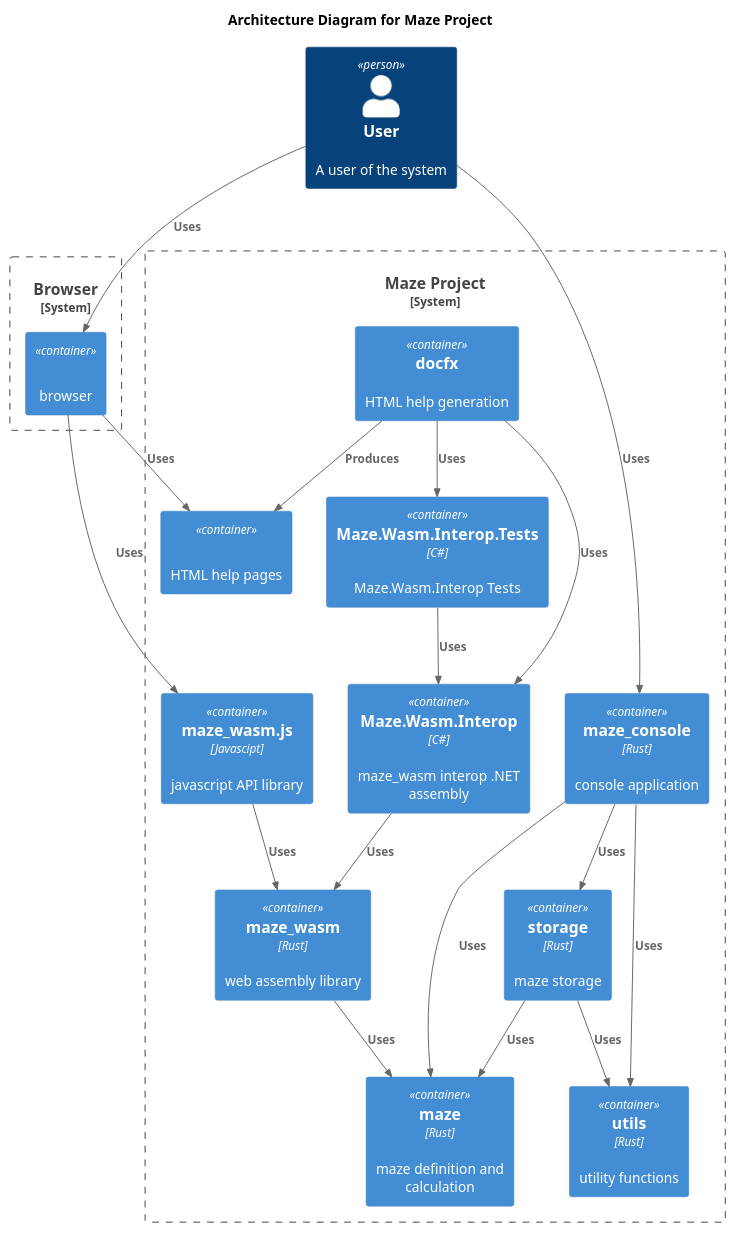
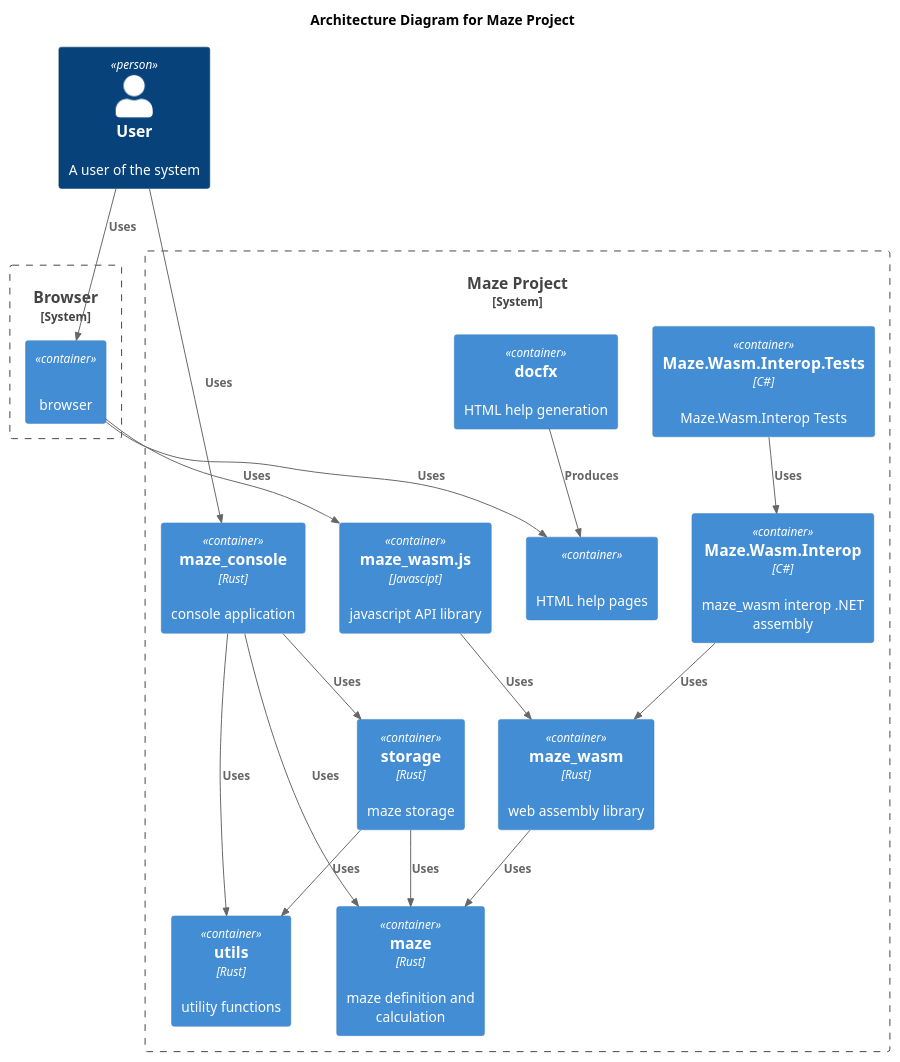
Before and after one commit to budgiedownunder/maze: the diagram in docs/diagrams/architecture.puml, drawn with PlantUML.

Commit message:
Update architecture diagram

```diff
--- a/docs/diagrams/architecture.puml
+++ b/docs/diagrams/architecture.puml
@@ -2,43 +2,41 @@
 @startuml
 
 !include https://raw.githubusercontent.com/plantuml-stdlib/C4-PlantUML/master/C4_Container.puml
 
 title Architecture Diagram for Maze Project
 
 Person(user, "User", "A user of the system")
 
 System_Boundary(c1, "Browser") {
     Container(browser, "", "", "browser")
 }
 
 System_Boundary(c2, "Maze Project") {
     Container(html_help, "", "", "HTML help pages")
     Container(docfx, "docfx", "", "HTML help generation")
     Container(maze_wasm_interop_net_tests, "Maze.Wasm.Interop.Tests", "C#", "Maze.Wasm.Interop Tests")
     Container(maze_wasm_interop_net, "Maze.Wasm.Interop", "C#", "maze_wasm interop .NET assembly")
     Container(maze_wasm_js, "maze_wasm.js", "Javascipt", "javascript API library")
     Container(maze_wasm, "maze_wasm", "Rust", "web assembly library")
     Container(maze_console, "maze_console", "Rust", "console application")
     Container(storage, "storage", "Rust", "maze storage")
     Container(maze, "maze", "Rust", "maze definition and calculation")
     Container(utils, "utils", "Rust", "utility functions")
 }
 
 Rel(user, browser, "Uses")
 Rel(browser, html_help, "Uses")
 Rel(browser, maze_wasm_js, "Uses")
 Rel(docfx, html_help, "Produces")
-Rel(docfx, maze_wasm_interop_net_tests, "Uses")
-Rel(docfx, maze_wasm_interop_net, "Uses")
 Rel(user, maze_console, "Uses")
 Rel(maze_console, maze, "Uses")
 Rel(maze_console, storage, "Uses")
 Rel(maze_console, utils, "Uses")
 Rel(maze_wasm_interop_net_tests, maze_wasm_interop_net, "Uses")
 Rel(maze_wasm_interop_net, maze_wasm, "Uses")
 Rel(maze_wasm_js, maze_wasm, "Uses")
 Rel(maze_wasm, maze, "Uses")
 Rel(storage, maze, "Uses")
 Rel(storage, utils, "Uses")
 
 @enduml
```
